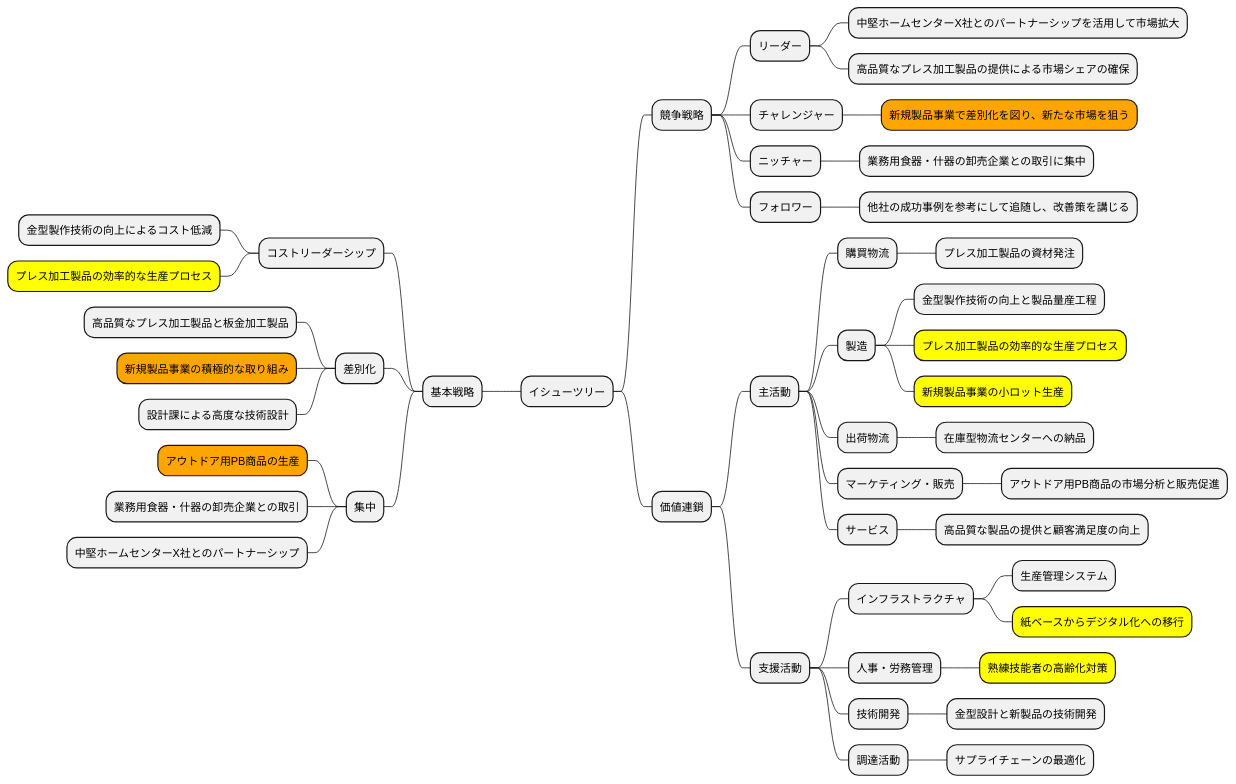
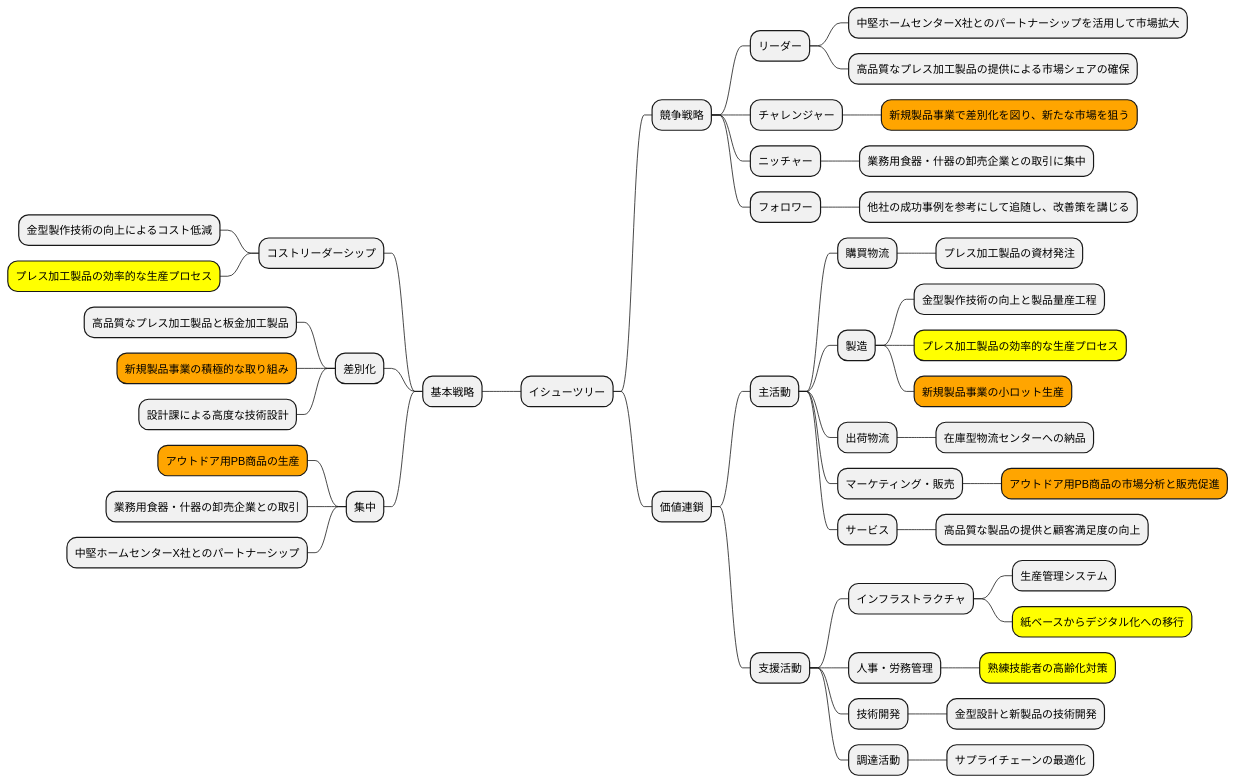
Before and after one commit to k2works/case-sutudy-business-analysis: diagram 11 of 16 in docs/case/r04_case_3.adoc, drawn with PlantUML. The commit also changed other lines of this file and 3 other files, not shown here.

```diff
--- a/docs/case/r04_case_3.adoc
+++ b/docs/case/r04_case_3.adoc
@@ -422,56 +422,56 @@
 [plantuml]
 ----
 @startmindmap
 
 * イシューツリー
 left side
 ** 基本戦略
 *** コストリーダーシップ
 **** 金型製作技術の向上によるコスト低減
 ****[#yellow] プレス加工製品の効率的な生産プロセス
 *** 差別化
 **** 高品質なプレス加工製品と板金加工製品
 ****[#orange] 新規製品事業の積極的な取り組み
 **** 設計課による高度な技術設計
 *** 集中
 ****[#orange] アウトドア用PB商品の生産
 **** 業務用食器・什器の卸売企業との取引
 **** 中堅ホームセンターX社とのパートナーシップ
 right side
 ** 競争戦略
 *** リーダー
 **** 中堅ホームセンターX社とのパートナーシップを活用して市場拡大
 **** 高品質なプレス加工製品の提供による市場シェアの確保
 *** チャレンジャー
 ****[#orange] 新規製品事業で差別化を図り、新たな市場を狙う
 *** ニッチャー
 **** 業務用食器・什器の卸売企業との取引に集中
 *** フォロワー
 **** 他社の成功事例を参考にして追随し、改善策を講じる
 ** 価値連鎖
 *** 主活動
 **** 購買物流
 ***** プレス加工製品の資材発注
 **** 製造
 ***** 金型製作技術の向上と製品量産工程
 *****[#yellow] プレス加工製品の効率的な生産プロセス
-*****[#yellow] 新規製品事業の小ロット生産
+*****[#orange] 新規製品事業の小ロット生産
 **** 出荷物流
 ***** 在庫型物流センターへの納品
 **** マーケティング・販売
-***** アウトドア用PB商品の市場分析と販売促進
+*****[#orange] アウトドア用PB商品の市場分析と販売促進
 **** サービス
 ***** 高品質な製品の提供と顧客満足度の向上
 *** 支援活動
 **** インフラストラクチャ
 ***** 生産管理システム
 *****[#yellow] 紙ベースからデジタル化への移行
 **** 人事・労務管理
 *****[#yellow] 熟練技能者の高齢化対策
 **** 技術開発
 ***** 金型設計と新製品の技術開発
 **** 調達活動
 ***** サプライチェーンの最適化
 
 @endmindmap
 ----
```
